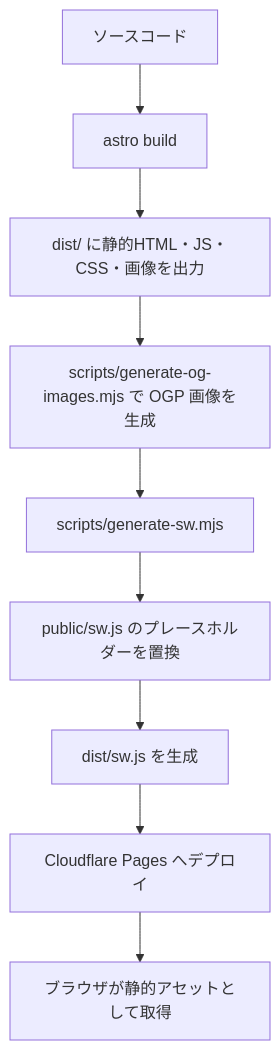
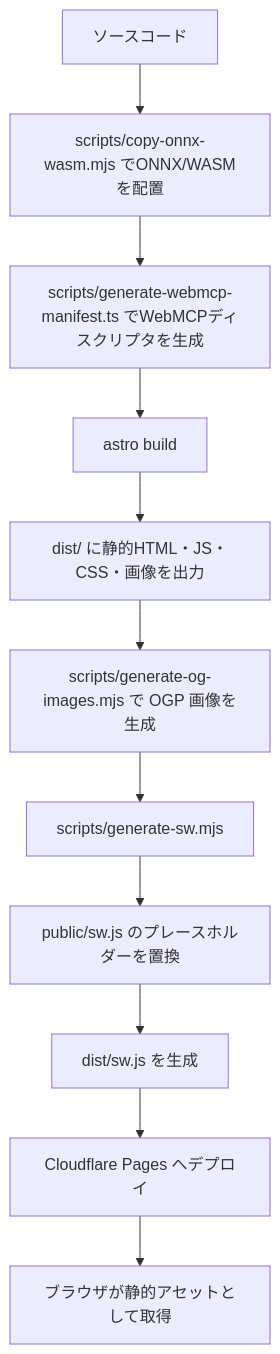
The diagram in docs/architecture.md (code-life-cafe/tools-codelife-cafe), drawn with Mermaid before and after one commit. The commit also changed other lines of this file and 4 other files, not shown here.

````diff
--- a/docs/architecture.md
+++ b/docs/architecture.md
@@ -109,11 +116,13 @@
 ```mermaid
 flowchart TD
-    A[ソースコード] --> B[astro build]
+    A[ソースコード] --> A1[scripts/copy-onnx-wasm.mjs でONNX/WASMを配置]
+    A1 --> A2[scripts/generate-webmcp-manifest.ts でWebMCPディスクリプタを生成]
+    A2 --> B[astro build]
     B --> C[dist/ に静的HTML・JS・CSS・画像を出力]
     C --> D[scripts/generate-og-images.mjs で OGP 画像を生成]
     D --> E[scripts/generate-sw.mjs]
     E --> F[public/sw.js のプレースホルダーを置換]
     F --> G[dist/sw.js を生成]
     G --> H[Cloudflare Pages へデプロイ]
     H --> I[ブラウザが静的アセットとして取得]
 ```
````
